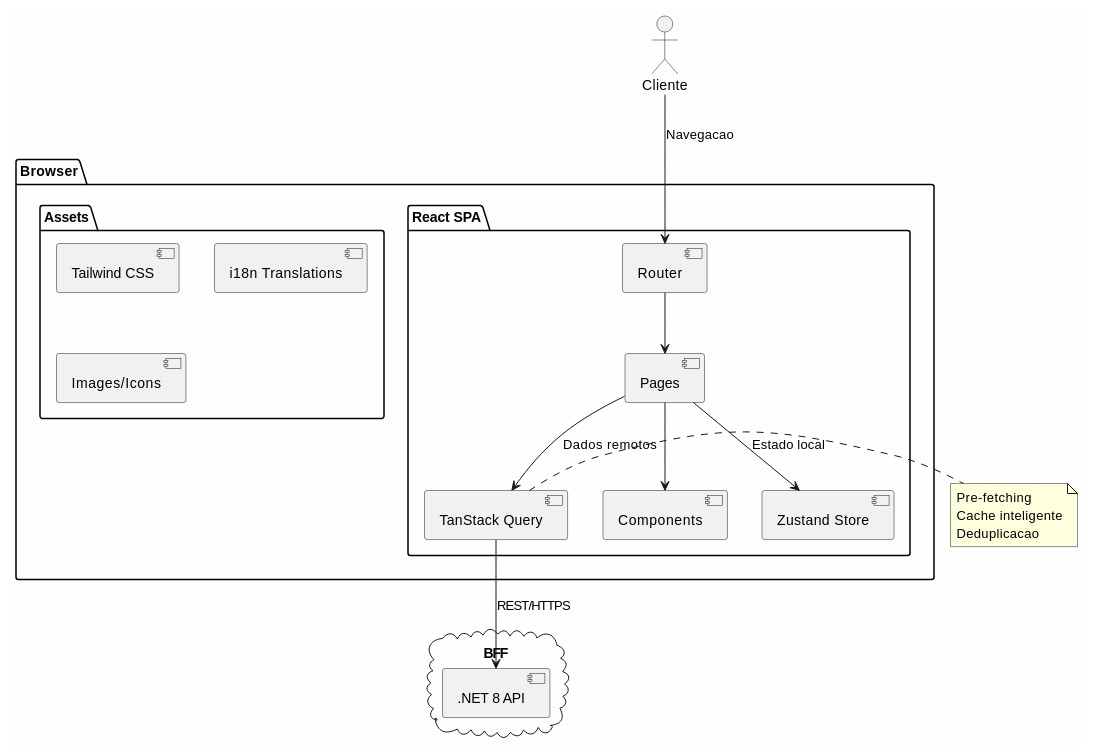
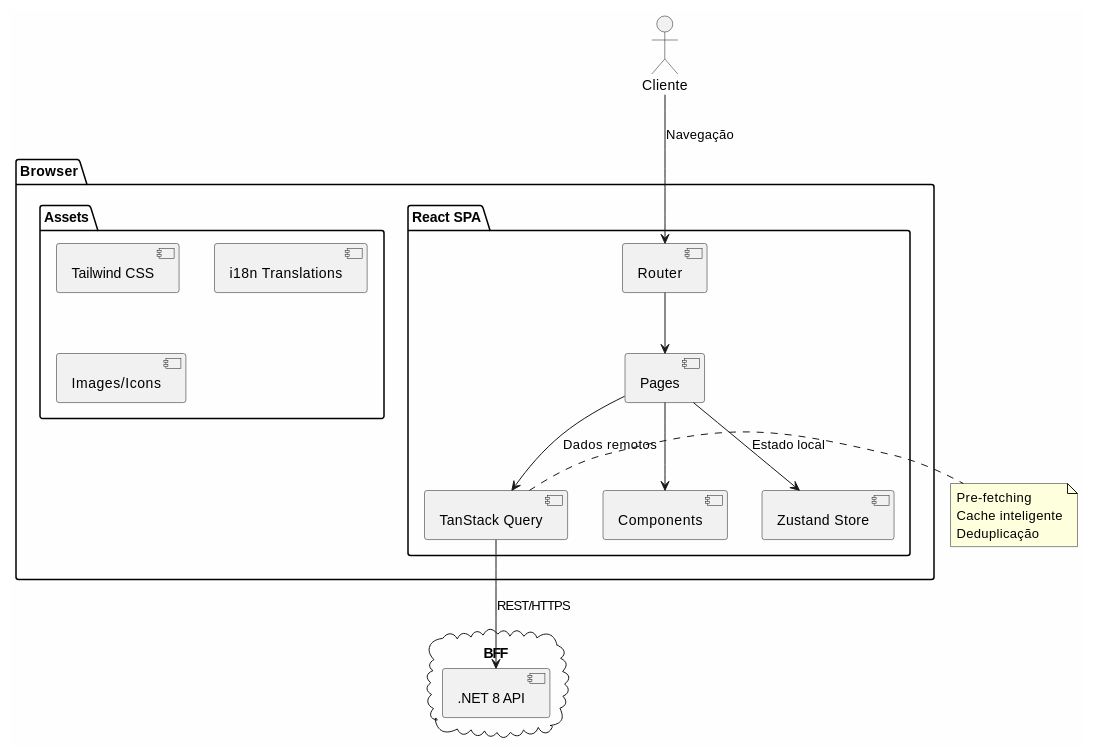
One commit to beduardo/novobanco_website_doc changed the fourth of 4 diagrams in current/sections/SEC-04-experiencia-utilizador-frontend.md. Above: the diagram before and after it, drawn with PlantUML. The commit also changed other lines of this file and 182 other files, not shown here.

````diff
--- a/current/sections/SEC-04-experiencia-utilizador-frontend.md
+++ b/current/sections/SEC-04-experiencia-utilizador-frontend.md
@@ -311,41 +311,41 @@
 ```plantuml
 @startuml
 skinparam backgroundColor #FEFEFE
 
 actor "Cliente" as USER
 
 package "Browser" {
     package "React SPA" {
         [Router] as ROUTER
         [Pages] as PAGES
         [Components] as COMP
         [Zustand Store] as STORE
         [TanStack Query] as QUERY
     }
 
     package "Assets" {
         [Tailwind CSS]
         [i18n Translations]
         [Images/Icons]
     }
 }
 
 cloud "BFF" {
     [.NET 8 API]
 }
 
-USER --> ROUTER : Navegacao
+USER --> ROUTER : Navegação
 ROUTER --> PAGES
 PAGES --> COMP
 PAGES --> STORE : Estado local
 PAGES --> QUERY : Dados remotos
 QUERY --> [.NET 8 API] : REST/HTTPS
 
 note right of QUERY
   Pre-fetching
   Cache inteligente
-  Deduplicacao
+  Deduplicação
 end note
 
 @enduml
 ```
````
